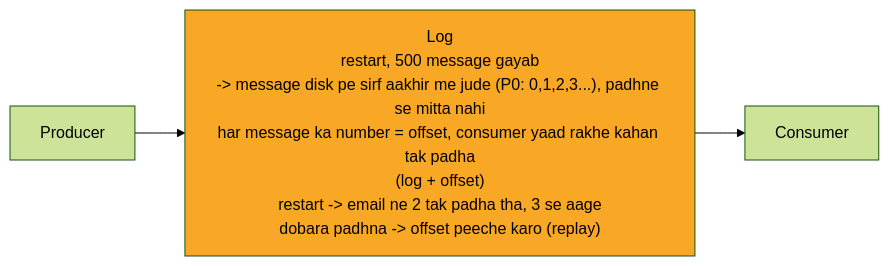
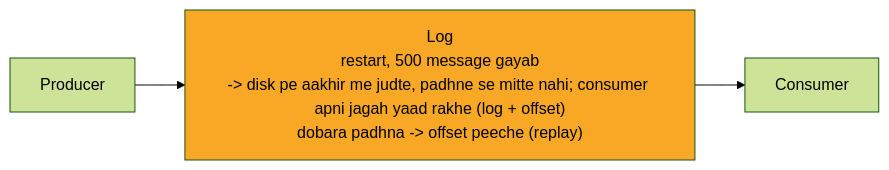
Before and after one commit to ArpanMaheshwari144/Prep: the diagram in 04_HLD/SYSTEM_DESIGNS/12_message_queue_kafka/img/c1.mmd, drawn with Mermaid (forest theme). The commit also changed 182 other files, not shown here.

```diff
--- a/04_HLD/SYSTEM_DESIGNS/12_message_queue_kafka/img/c1.mmd
+++ b/04_HLD/SYSTEM_DESIGNS/12_message_queue_kafka/img/c1.mmd
@@ -1,8 +1,8 @@
 %%{init: {"flowchart": {"wrappingWidth": 450}}}%%
 flowchart LR
     n_P["Producer"]
-    n_L["Log<br/>restart, 500 message gayab<br/>-> message disk pe sirf aakhir me jude (P0: 0,1,2,3...), padhne se mitta nahi<br/>har message ka number = offset, consumer yaad rakhe kahan tak padha<br/>(log + offset)<br/>restart -> email ne 2 tak padha tha, 3 se aage<br/>dobara padhna -> offset peeche karo (replay)"]
+    n_L["Log<br/>restart, 500 message gayab<br/>-> disk pe aakhir me judte, padhne se mitte nahi; consumer apni jagah yaad rakhe (log + offset)<br/>dobara padhna -> offset peeche (replay)"]
     n_C["Consumer"]
     n_P --> n_L
     n_L --> n_C
     style n_L fill:#f9a825,color:#000
```
